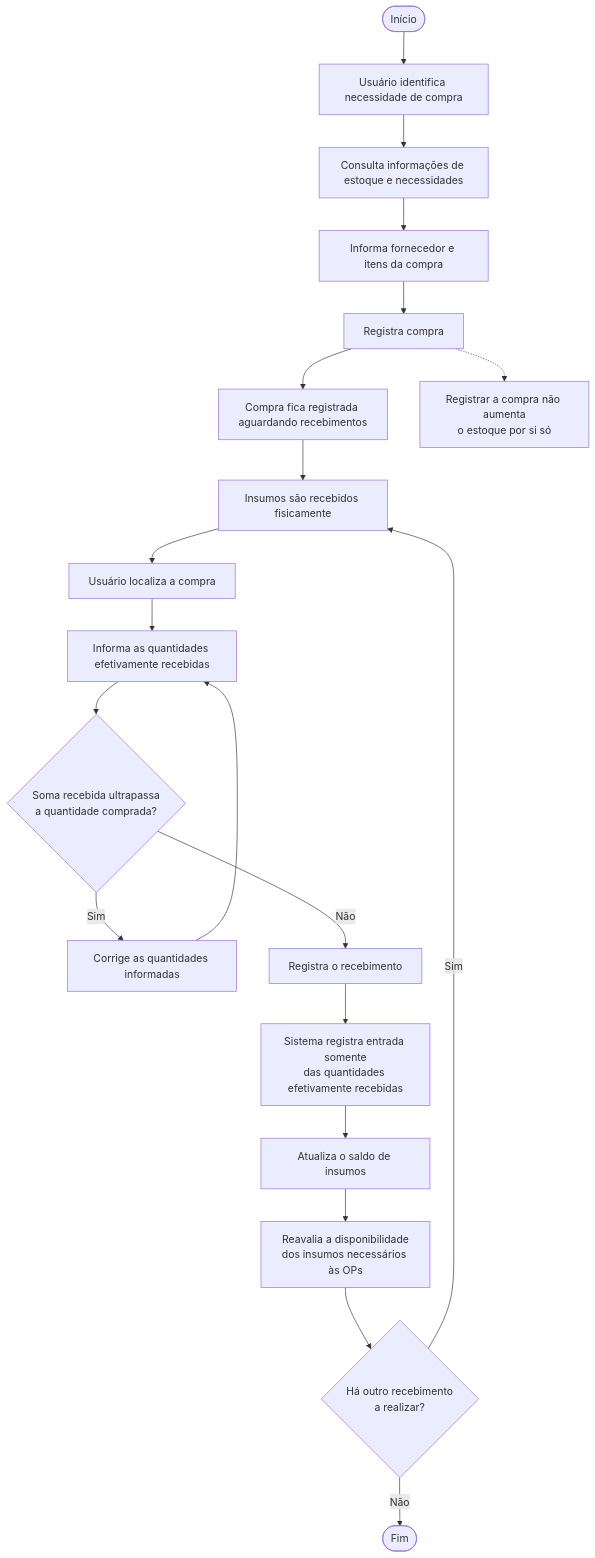
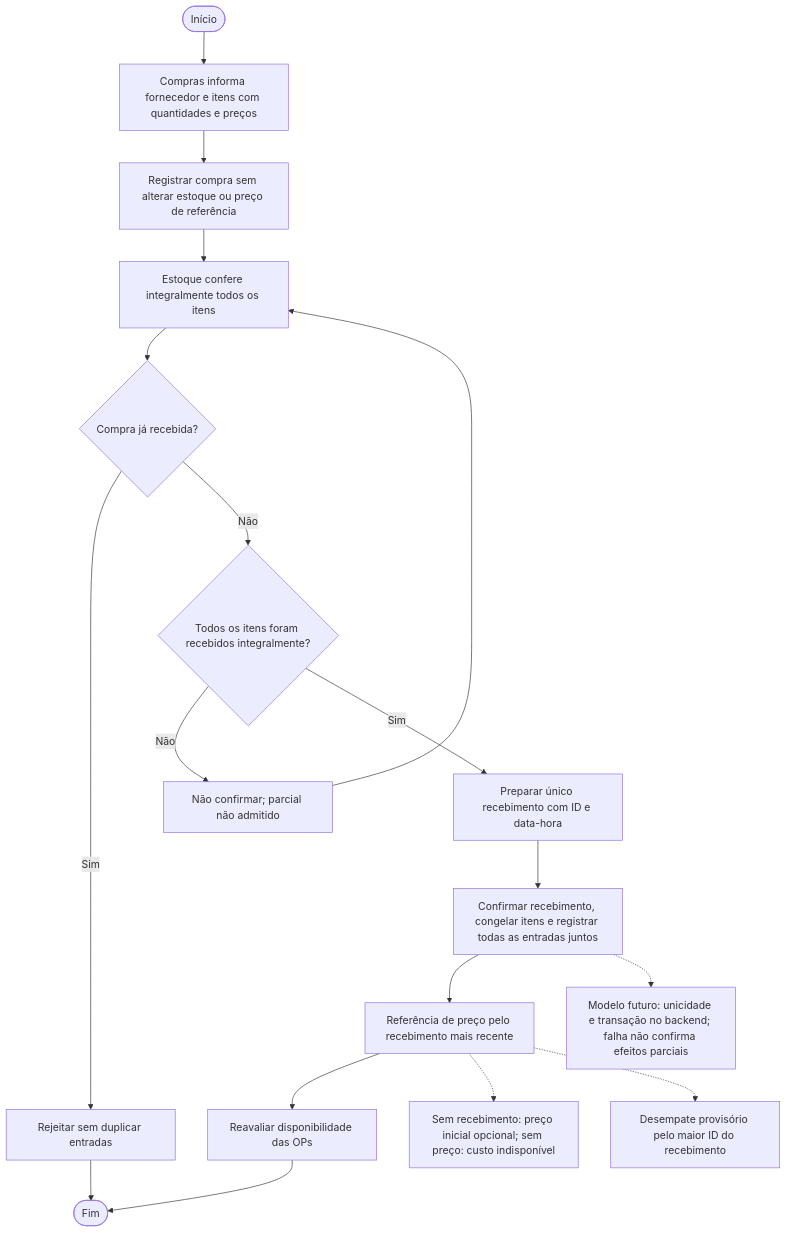
One commit to edumoreira7/TCC---Gestao-Integrada changed the diagram in docs/03-modelagem/atividades/atividade-compras-recebimento.mmd. Above: the diagram before and after it, drawn with Mermaid. The commit also changed 74 other files, not shown here.

```diff
--- a/docs/03-modelagem/atividades/atividade-compras-recebimento.mmd
+++ b/docs/03-modelagem/atividades/atividade-compras-recebimento.mmd
@@ -1,22 +1,18 @@
-
 flowchart TD
-    A([Início]) --> B[Usuário identifica necessidade de compra]
-    B --> C[Consulta informações de estoque e necessidades]
-    C --> D[Informa fornecedor e itens da compra]
-    D --> E[Registra compra]
-    E --> F[Compra fica registrada aguardando recebimentos]
-    F --> G[Insumos são recebidos fisicamente]
-    G --> H[Usuário localiza a compra]
-    H --> I[Informa as quantidades efetivamente recebidas]
-    I --> J{Soma recebida ultrapassa<br/>a quantidade comprada?}
-    J -- Sim --> K[Corrige as quantidades informadas]
-    K --> I
-    J -- Não --> L[Registra o recebimento]
-    L --> M[Sistema registra entrada somente<br/>das quantidades efetivamente recebidas]
-    M --> N[Atualiza o saldo de insumos]
-    N --> O[Reavalia a disponibilidade<br/>dos insumos necessários às OPs]
-    O --> P{Há outro recebimento<br/>a realizar?}
-    P -- Sim --> G
-    P -- Não --> Q([Fim])
-
-    E -.-> R[Registrar a compra não aumenta<br/>o estoque por si só]
+    A([Início]) --> B[Compras informa fornecedor e itens com quantidades e preços]
+    B --> C[Registrar compra sem alterar estoque ou preço de referência]
+    C --> D[Estoque confere integralmente todos os itens]
+    D --> E{Compra já recebida?}
+    E -- Sim --> F[Rejeitar sem duplicar entradas]
+    E -- Não --> G{Todos os itens foram recebidos integralmente?}
+    G -- Não --> H[Não confirmar; parcial não admitido]
+    G -- Sim --> I[Preparar único recebimento com ID e data-hora]
+    I --> J[Confirmar recebimento, congelar itens e registrar todas as entradas juntos]
+    J --> K[Referência de preço pelo recebimento mais recente]
+    K --> L[Reavaliar disponibilidade das OPs]
+    L --> M([Fim])
+    F --> M
+    H --> D
+    J -.-> N[Modelo futuro: unicidade e transação no backend; falha não confirma efeitos parciais]
+    K -.-> O[Sem recebimento: preço inicial opcional; sem preço: custo indisponível]
+    K -.-> P[Desempate provisório pelo maior ID do recebimento]
```
